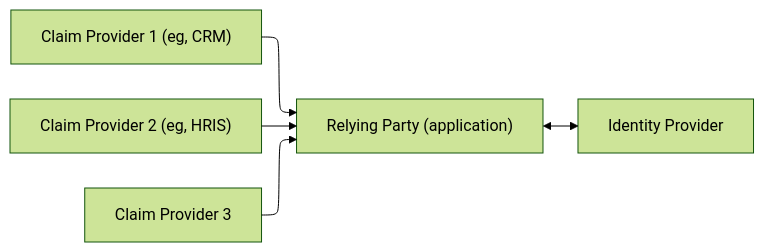
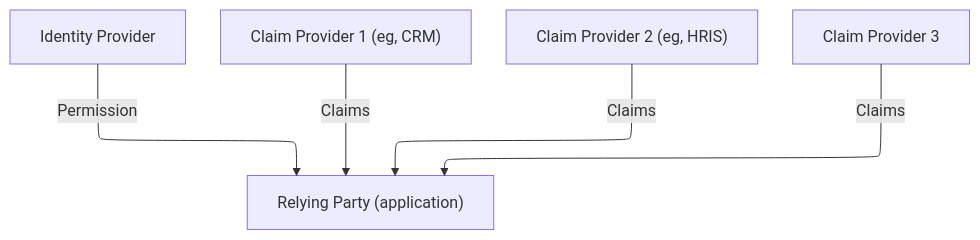
The first of 2 diagrams in docs/learn/oidc/12-aggregated-and-distributed-claims.md (mffap/aboutauth), drawn with Mermaid before and after one commit. The commit also changed other lines of this file, not shown here.

````diff
--- a/docs/learn/oidc/12-aggregated-and-distributed-claims.md
+++ b/docs/learn/oidc/12-aggregated-and-distributed-claims.md
@@ -10,8 +17,7 @@
 ```mermaid
-flowchart-elk LR
-%%{ init : { "theme" : "forest", "flowchart" : { "**curve" : "stepBefore**" }}}%%
-    CP1["Claim Provider 1 (eg, CRM)"] --> RP["Relying Party (application)"]
-    CP2["Claim Provider 2 (eg, HRIS)"] --> RP
-    CP3[Claim Provider 3] --> RP
-    RP <---> IdP[Identity Provider]
+flowchart-elk TB
+    IdP[Identity Provider] -- Permission --> RP
+    CP1["Claim Provider 1 (eg, CRM)"] -- Claims --> RP["Relying Party (application)"]
+    CP2["Claim Provider 2 (eg, HRIS)"] -- Claims --> RP
+    CP3[Claim Provider 3] -- Claims --> RP
 ```
````
